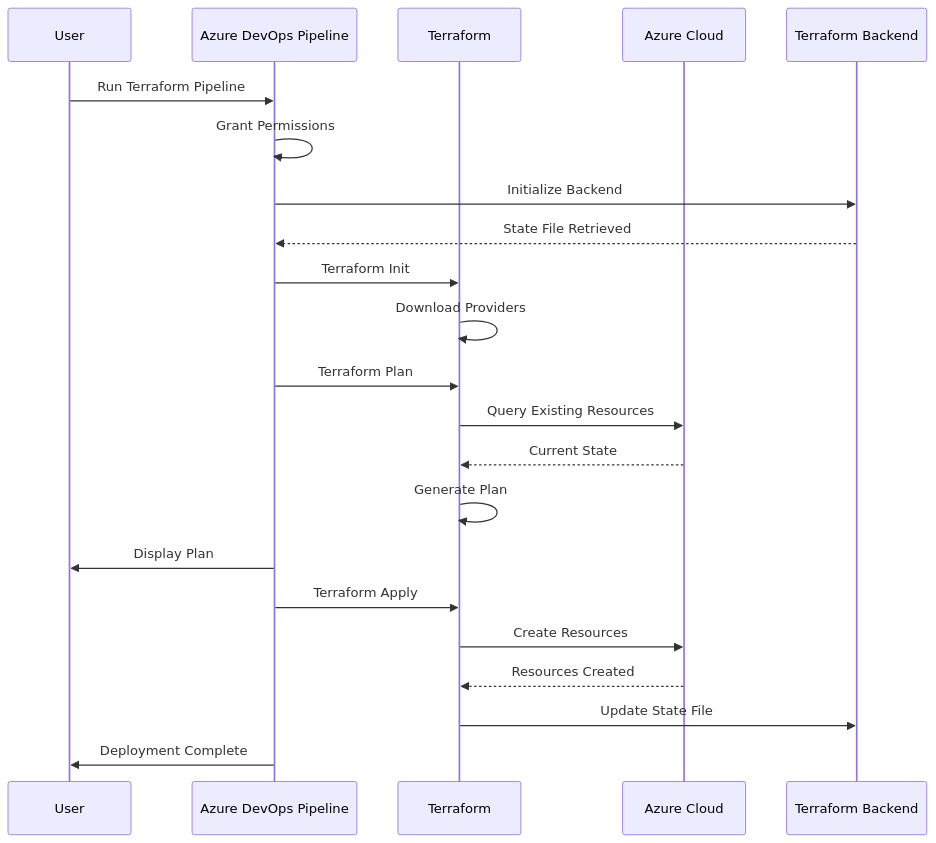
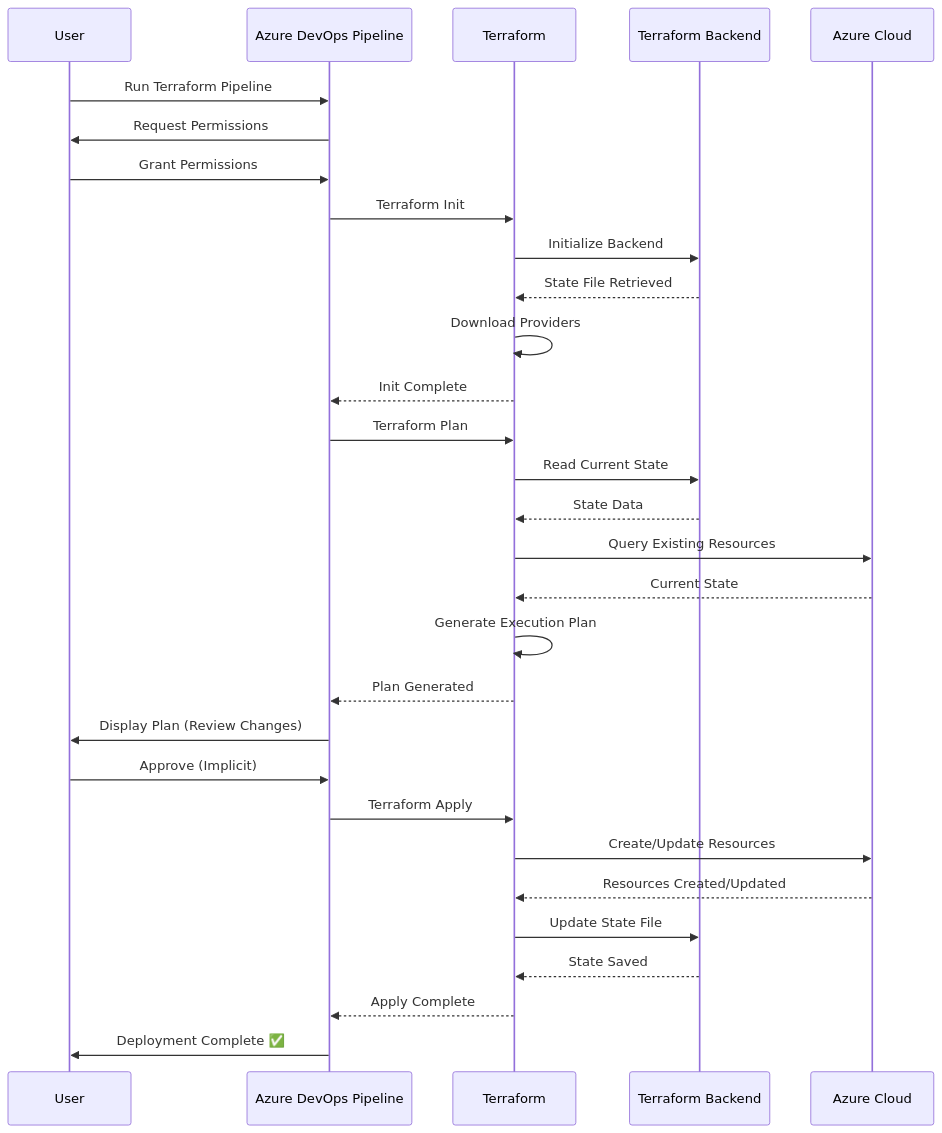
The third of 11 diagrams in transcribe/Deployment-Azure-Prod.md (NguyenPhamCode4You/ai-home-lab-docker-compose), drawn with Mermaid before and after one commit.

Commit message:
Update digra

````diff
--- a/transcribe/Deployment-Azure-Prod.md
+++ b/transcribe/Deployment-Azure-Prod.md
@@ -408,25 +408,36 @@
 ```mermaid
 sequenceDiagram
     participant User
     participant Pipeline as Azure DevOps Pipeline
     participant Terraform
+    participant Storage as Terraform Backend
     participant Azure as Azure Cloud
-    participant Storage as Terraform Backend
 
     User->>Pipeline: Run Terraform Pipeline
-    Pipeline->>Pipeline: Grant Permissions
-    Pipeline->>Storage: Initialize Backend
-    Storage-->>Pipeline: State File Retrieved
+    Pipeline->>User: Request Permissions
+    User->>Pipeline: Grant Permissions
+
     Pipeline->>Terraform: Terraform Init
+    Terraform->>Storage: Initialize Backend
+    Storage-->>Terraform: State File Retrieved
     Terraform->>Terraform: Download Providers
+    Terraform-->>Pipeline: Init Complete
+
     Pipeline->>Terraform: Terraform Plan
+    Terraform->>Storage: Read Current State
+    Storage-->>Terraform: State Data
     Terraform->>Azure: Query Existing Resources
     Azure-->>Terraform: Current State
-    Terraform->>Terraform: Generate Plan
-    Pipeline->>User: Display Plan
+    Terraform->>Terraform: Generate Execution Plan
+    Terraform-->>Pipeline: Plan Generated
+    Pipeline->>User: Display Plan (Review Changes)
+
+    User->>Pipeline: Approve (Implicit)
     Pipeline->>Terraform: Terraform Apply
-    Terraform->>Azure: Create Resources
-    Azure-->>Terraform: Resources Created
+    Terraform->>Azure: Create/Update Resources
+    Azure-->>Terraform: Resources Created/Updated
     Terraform->>Storage: Update State File
-    Pipeline->>User: Deployment Complete
+    Storage-->>Terraform: State Saved
+    Terraform-->>Pipeline: Apply Complete
+    Pipeline->>User: Deployment Complete ✅
 ```
````
